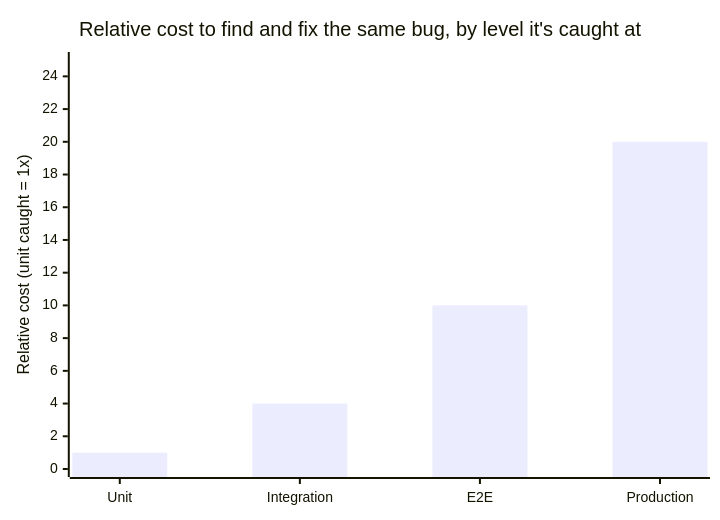
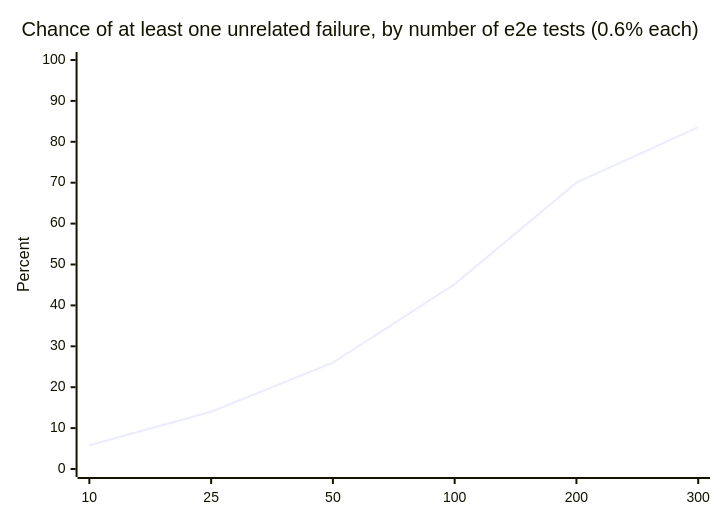
The second of 2 diagrams in src/content/testing-quality/test-pyramid/L3-deep-dive.mdx (francoandreDev/knowledge), drawn with Mermaid before and after one commit. The commit also changed other lines of this file and 19 other files, not shown here.

````diff
--- a/src/content/testing-quality/test-pyramid/L3-deep-dive.mdx
+++ b/src/content/testing-quality/test-pyramid/L3-deep-dive.mdx
@@ -160,7 +141,7 @@
 ```mermaid
 xychart-beta
-    title "Relative cost to find and fix the same bug, by level it's caught at"
-    x-axis ["Unit", "Integration", "E2E", "Production"]
-    y-axis "Relative cost (unit caught = 1x)" 0 --> 25
-    bar [1, 4, 10, 20]
+    title "Chance of at least one unrelated failure, by number of e2e tests (0.6% each)"
+    x-axis ["10", "25", "50", "100", "200", "300"]
+    y-axis "Percent" 0 --> 100
+    line [5.8, 14.0, 26.0, 45.2, 70.0, 83.6]
 ```
````
